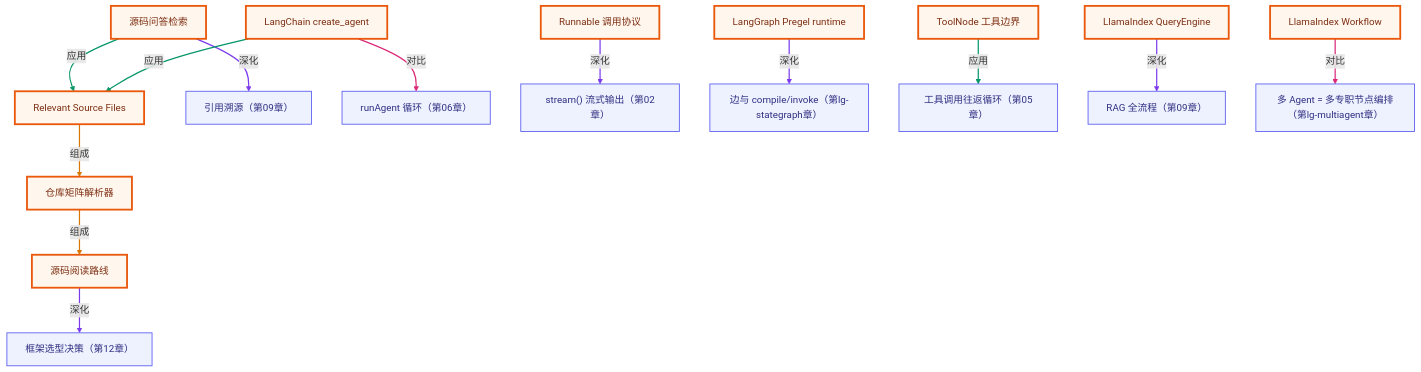
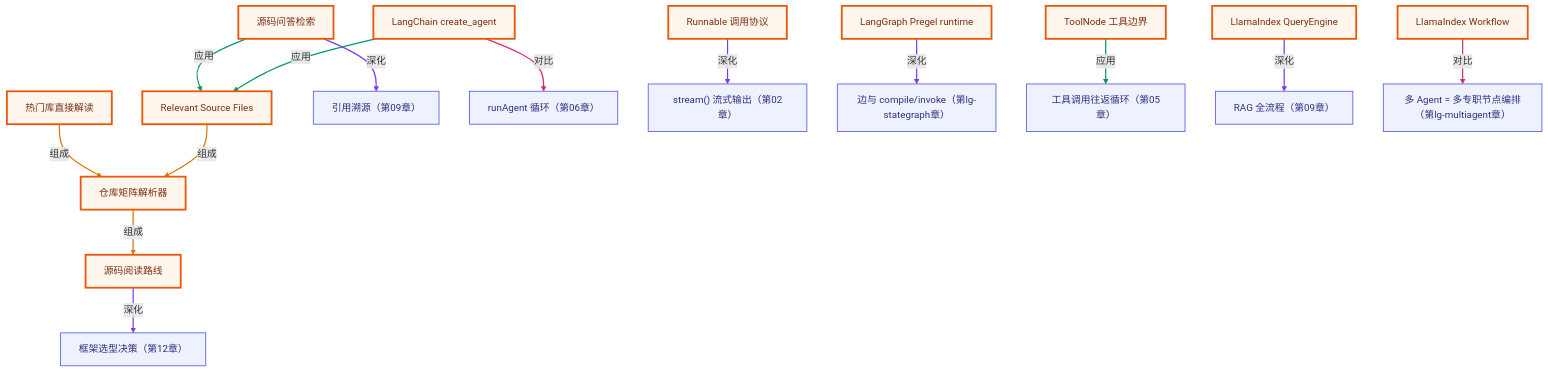
One commit to songuu/agent changed the diagram in source-analysis/README.md. Above: the diagram before and after it, drawn with Mermaid. The commit also changed other lines of this file and 14 other files, not shown here.

Commit message:
feat(source-analysis): add popular repository entry grid

````diff
--- a/source-analysis/README.md
+++ b/source-analysis/README.md
@@ -198,49 +198,52 @@
 ```mermaid
 graph TB
   classDef own fill:#fff7ed,stroke:#ea580c,stroke-width:3px,color:#7c2d12;
   classDef cross fill:#eef2ff,stroke:#6366f1,stroke-width:1.5px,color:#312e81;
   n_srca_reading_map["源码阅读路线"]
+  n_srca_popular_repositories["热门库直接解读"]
   n_srca_repository_matrix["仓库矩阵解析器"]
   n_srca_relevant_source_files["Relevant Source Files"]
   n_srca_source_qa["源码问答检索"]
   n_srca_langchain_agent_factory["LangChain create_agent"]
   n_srca_langchain_runnable["Runnable 调用协议"]
   n_srca_langgraph_runtime["LangGraph Pregel runtime"]
   n_srca_langgraph_tool_node["ToolNode 工具边界"]
   n_srca_llamaindex_query_engine["LlamaIndex QueryEngine"]
   n_srca_llamaindex_workflow["LlamaIndex Workflow"]
   n_c12_framework_choice["框架选型决策（第12章）"]
   n_c09_citation["引用溯源（第09章）"]
   n_c06_run_agent_loop["runAgent 循环（第06章）"]
   n_c02_stream["stream() 流式输出（第02章）"]
   n_lgsg_edges_compile["边与 compile/invoke（第lg-stategraph章）"]
   n_c05_roundtrip_loop["工具调用往返循环（第05章）"]
   n_c09_rag_pipeline["RAG 全流程（第09章）"]
   n_lgma_multi_agent["多 Agent = 多专职节点编排（第lg-multiagent章）"]
   n_srca_reading_map -->|深化| n_c12_framework_choice
+  n_srca_popular_repositories -->|组成| n_srca_repository_matrix
   n_srca_repository_matrix -->|组成| n_srca_reading_map
   n_srca_relevant_source_files -->|组成| n_srca_repository_matrix
   n_srca_source_qa -->|应用| n_srca_relevant_source_files
   n_srca_source_qa -->|深化| n_c09_citation
   n_srca_langchain_agent_factory -->|应用| n_srca_relevant_source_files
   n_srca_langchain_agent_factory -->|对比| n_c06_run_agent_loop
   n_srca_langchain_runnable -->|深化| n_c02_stream
   n_srca_langgraph_runtime -->|深化| n_lgsg_edges_compile
   n_srca_langgraph_tool_node -->|应用| n_c05_roundtrip_loop
   n_srca_llamaindex_query_engine -->|深化| n_c09_rag_pipeline
   n_srca_llamaindex_workflow -->|对比| n_lgma_multi_agent
-  class n_srca_reading_map,n_srca_repository_matrix,n_srca_relevant_source_files,n_srca_source_qa,n_srca_langchain_agent_factory,n_srca_langchain_runnable,n_srca_langgraph_runtime,n_srca_langgraph_tool_node,n_srca_llamaindex_query_engine,n_srca_llamaindex_workflow own;
+  class n_srca_reading_map,n_srca_popular_repositories,n_srca_repository_matrix,n_srca_relevant_source_files,n_srca_source_qa,n_srca_langchain_agent_factory,n_srca_langchain_runnable,n_srca_langgraph_runtime,n_srca_langgraph_tool_node,n_srca_llamaindex_query_engine,n_srca_llamaindex_workflow own;
   class n_c12_framework_choice,n_c09_citation,n_c06_run_agent_loop,n_c02_stream,n_lgsg_edges_compile,n_c05_roundtrip_loop,n_c09_rag_pipeline,n_lgma_multi_agent cross;
   linkStyle 0 stroke:#7c3aed,stroke-width:2px;
   linkStyle 1 stroke:#d97706,stroke-width:2px;
   linkStyle 2 stroke:#d97706,stroke-width:2px;
-  linkStyle 3 stroke:#059669,stroke-width:2px;
-  linkStyle 4 stroke:#7c3aed,stroke-width:2px;
-  linkStyle 5 stroke:#059669,stroke-width:2px;
-  linkStyle 6 stroke:#db2777,stroke-width:2px;
-  linkStyle 7 stroke:#7c3aed,stroke-width:2px;
+  linkStyle 3 stroke:#d97706,stroke-width:2px;
+  linkStyle 4 stroke:#059669,stroke-width:2px;
+  linkStyle 5 stroke:#7c3aed,stroke-width:2px;
+  linkStyle 6 stroke:#059669,stroke-width:2px;
+  linkStyle 7 stroke:#db2777,stroke-width:2px;
   linkStyle 8 stroke:#7c3aed,stroke-width:2px;
-  linkStyle 9 stroke:#059669,stroke-width:2px;
-  linkStyle 10 stroke:#7c3aed,stroke-width:2px;
-  linkStyle 11 stroke:#db2777,stroke-width:2px;
+  linkStyle 9 stroke:#7c3aed,stroke-width:2px;
+  linkStyle 10 stroke:#059669,stroke-width:2px;
+  linkStyle 11 stroke:#7c3aed,stroke-width:2px;
+  linkStyle 12 stroke:#db2777,stroke-width:2px;
 ```
````
